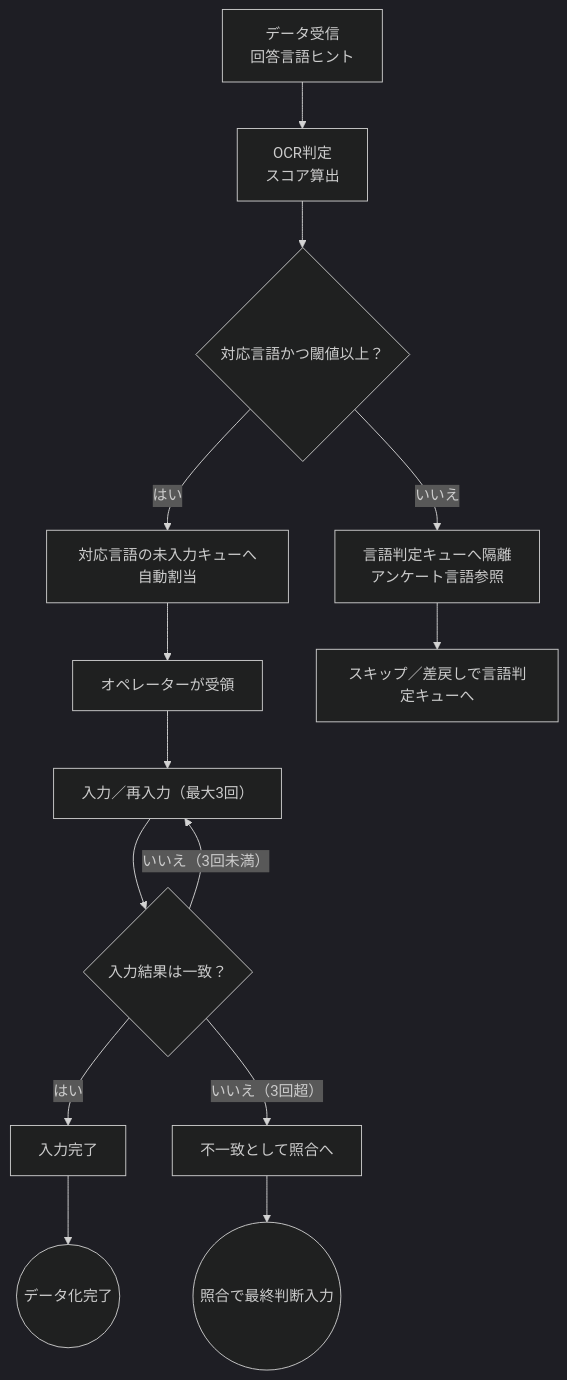
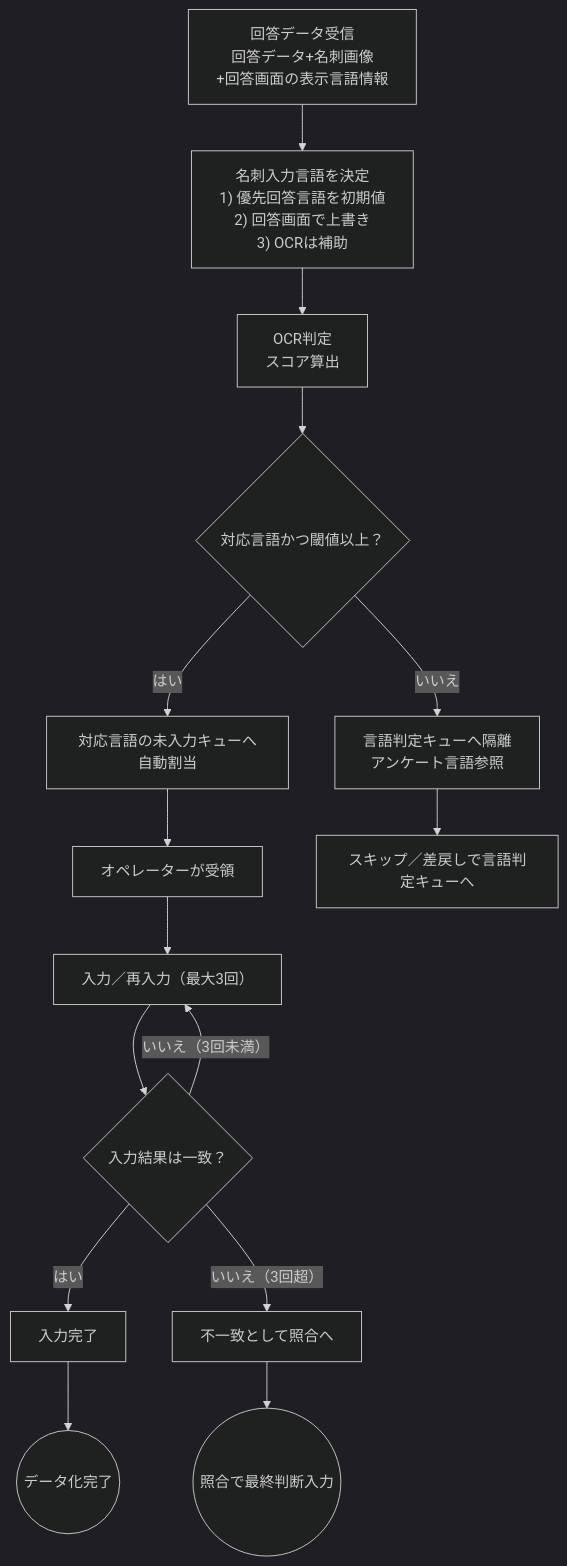
The third of 4 diagrams in docs/product/requirements/multilingual_requirements.md (AbroadUmedaShota/SPPED-AD-TEST), drawn with Mermaid (dark theme) before and after one commit. The commit also changed other lines of this file and 3 other files, not shown here.

````diff
--- a/docs/product/requirements/multilingual_requirements.md
+++ b/docs/product/requirements/multilingual_requirements.md
@@ -43,18 +54,19 @@
 ```mermaid
 graph TD;
-    A["データ受信<br/>回答言語ヒント"] --> B["OCR判定<br/>スコア算出"];
+    A["回答データ受信<br/>回答データ+名刺画像<br/>+回答画面の表示言語情報"] --> P["名刺入力言語を決定<br/>1) 優先回答言語を初期値<br/>2) 回答画面で上書き<br/>3) OCRは補助"];
+    P --> B["OCR判定<br/>スコア算出"];
     B --> C{"対応言語かつ閾値以上？"};
     C -->|"はい"| D["対応言語の未入力キューへ自動割当"];
     C -->|"いいえ"| E["言語判定キューへ隔離<br/>アンケート言語参照"];
 
     D --> F["オペレーターが受領"];
     F --> G["入力／再入力（最大3回）"];
     G --> H{"入力結果は一致？"};
     H -->|"はい"| I["入力完了"];
     H -->|"いいえ（3回未満）"| G;
     H -->|"いいえ（3回超）"| J["不一致として照合へ"];
     E --> K["スキップ／差戻しで言語判定キューへ"];
 
     I --> L((データ化完了));
     J --> M((照合で最終判断入力));
 ```
````
